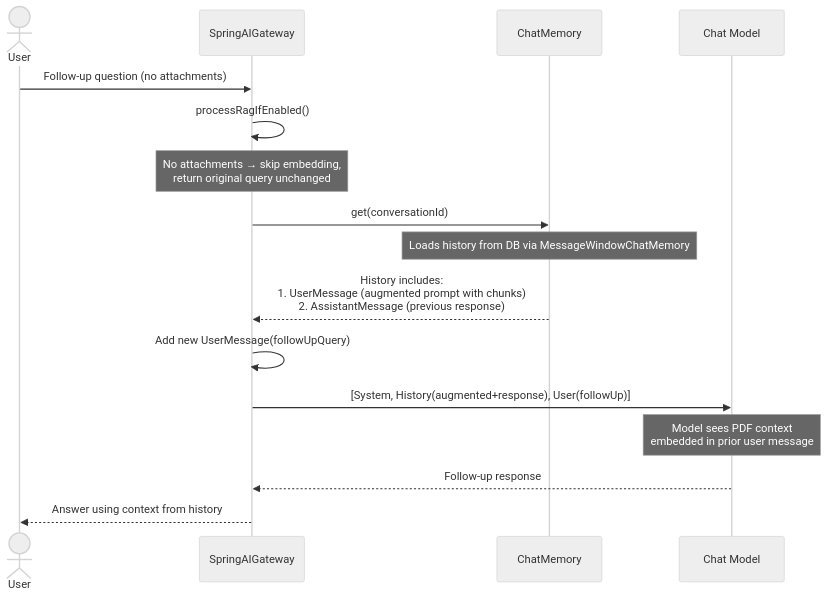
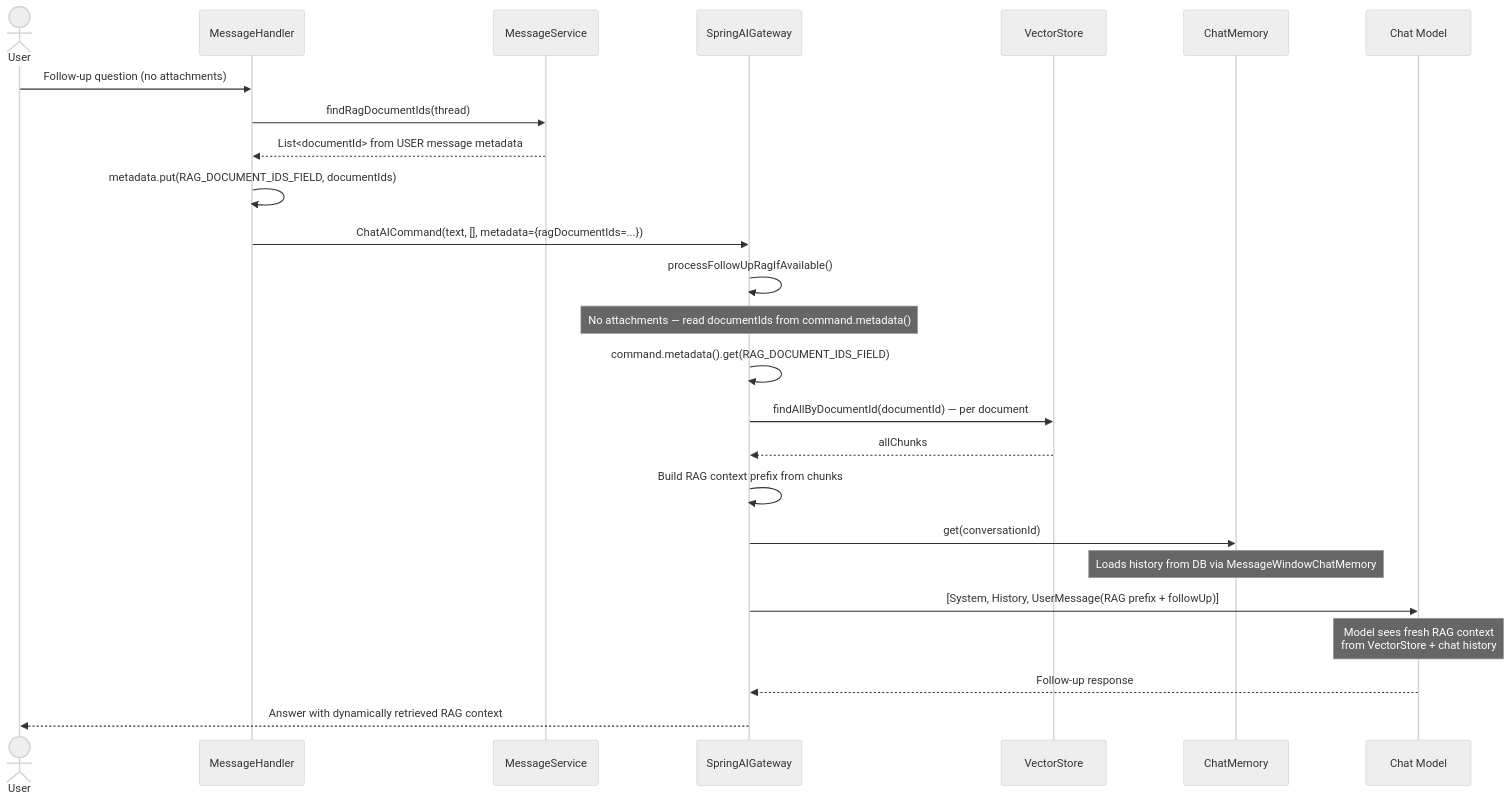
Before and after one commit to NGirchev/open-daimon: the second of 2 diagrams in docs/usecases/text-pdf-rag.md, drawn with Mermaid (neutral theme). The commit also changed other lines of this file and 20 other files, not shown here.

````diff
--- a/docs/usecases/text-pdf-rag.md
+++ b/docs/usecases/text-pdf-rag.md
@@ -71,25 +81,36 @@
 ```mermaid
 sequenceDiagram
     actor User
+    participant Handler as MessageHandler
+    participant MS as MessageService
     participant GW as SpringAIGateway
+    participant VS as VectorStore
     participant Mem as ChatMemory
     participant LLM as Chat Model
 
-    User->>GW: Follow-up question (no attachments)
+    User->>Handler: Follow-up question (no attachments)
 
-    GW->>GW: processRagIfEnabled()
-    Note over GW: No attachments → skip embedding,<br/>return original query unchanged
+    Handler->>MS: findRagDocumentIds(thread)
+    MS-->>Handler: List<documentId> from USER message metadata
+
+    Handler->>Handler: metadata.put(RAG_DOCUMENT_IDS_FIELD, documentIds)
+    Handler->>GW: ChatAICommand(text, [], metadata={ragDocumentIds=...})
+
+    GW->>GW: processFollowUpRagIfAvailable()
+    Note over GW: No attachments — read documentIds from command.metadata()
+
+    GW->>GW: command.metadata().get(RAG_DOCUMENT_IDS_FIELD)
+    GW->>VS: findAllByDocumentId(documentId) — per document
+    VS-->>GW: allChunks
+
+    GW->>GW: Build RAG context prefix from chunks
 
     GW->>Mem: get(conversationId)
     Note over Mem: Loads history from DB via MessageWindowChatMemory
 
-    Mem-->>GW: History includes:<br/>1. UserMessage (augmented prompt with chunks)<br/>2. AssistantMessage (previous response)
-
-    GW->>GW: Add new UserMessage(followUpQuery)
-
-    GW->>LLM: [System, History(augmented+response), User(followUp)]
-    Note over LLM: Model sees PDF context<br/>embedded in prior user message
+    GW->>LLM: [System, History, UserMessage(RAG prefix + followUp)]
+    Note over LLM: Model sees fresh RAG context<br/>from VectorStore + chat history
 
     LLM-->>GW: Follow-up response
-    GW-->>User: Answer using context from history
+    GW-->>User: Answer with dynamically retrieved RAG context
 ```
````
